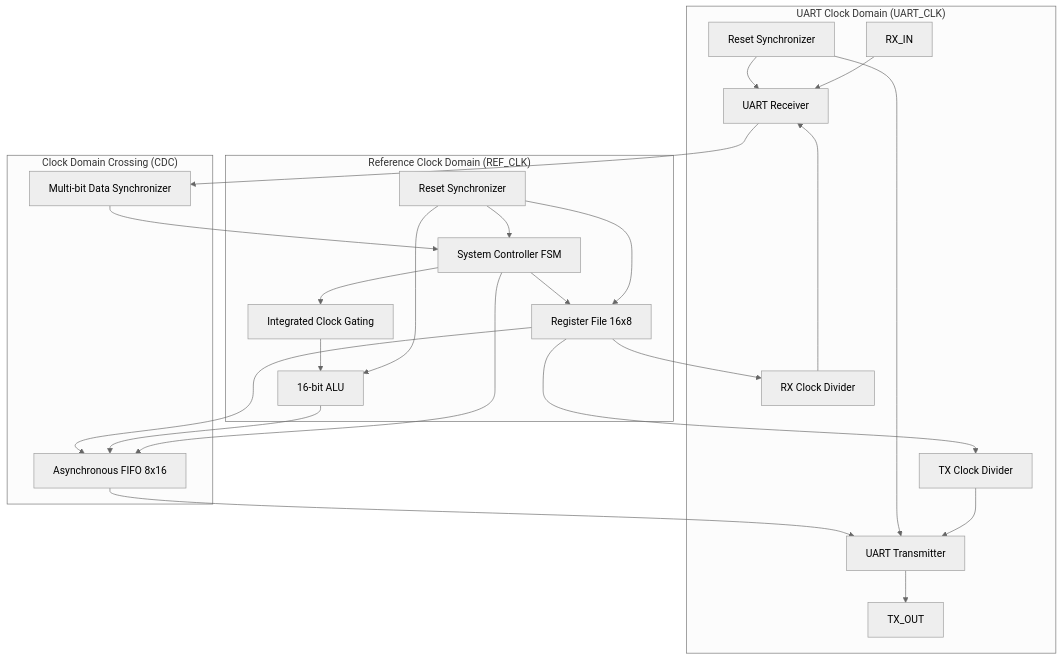
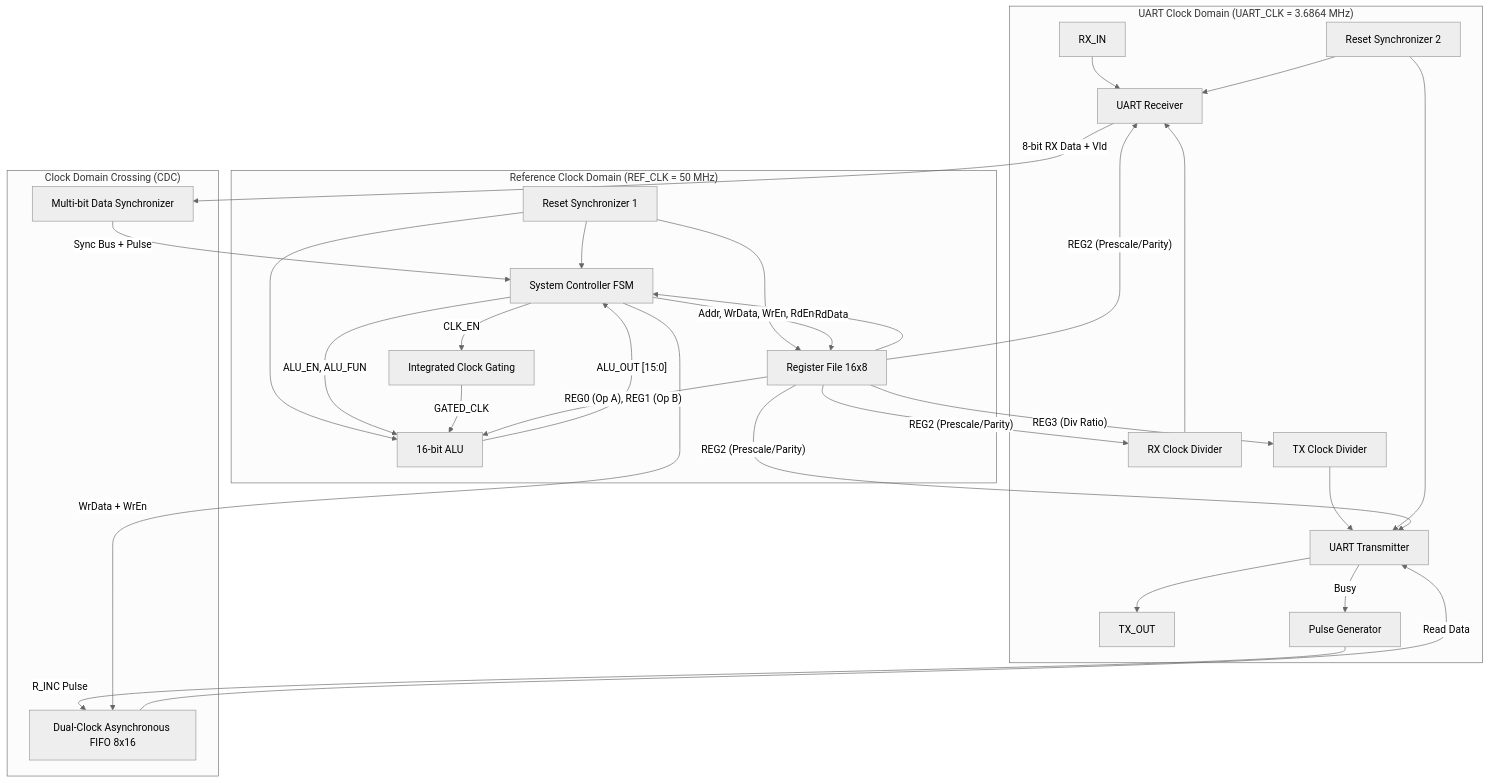
The diagram in README.md (ahmedbadwy77/Low-Power-Multi-Clock-Digital-Communication-System), drawn with Mermaid (neutral theme) before and after one commit. The commit also changed other lines of this file and 14 other files, not shown here.

Commit message:
docs: enrich README with complete module descriptions, architectural schematics, and simulation waveforms

````diff
--- a/README.md
+++ b/README.md
@@ -17,27 +51,32 @@
 ```mermaid
 flowchart TB
-    subgraph UART_Domain["UART Clock Domain (UART_CLK)"]
+    subgraph UART_Domain["UART Clock Domain (UART_CLK = 3.6864 MHz)"]
         RX_IN[RX_IN] --> UART_RX[UART Receiver]
         UART_TX[UART Transmitter] --> TX_OUT[TX_OUT]
         RX_CLK_DIV[RX Clock Divider] --> UART_RX
         TX_CLK_DIV[TX Clock Divider] --> UART_TX
-        UART_RST_SYNC[Reset Synchronizer] --> UART_RX & UART_TX
+        UART_RST_SYNC[Reset Synchronizer 2] --> UART_RX & UART_TX
+        UART_TX -- "Busy" --> PULSE_GEN[Pulse Generator]
     end
 
     subgraph CDC_Interface["Clock Domain Crossing (CDC)"]
-        UART_RX --> DATA_SYNC[Multi-bit Data Synchronizer]
-        ASYNC_FIFO[Asynchronous FIFO 8x16] --> UART_TX
+        UART_RX -- "8-bit RX Data + Vld" --> DATA_SYNC[Multi-bit Data Synchronizer]
+        ASYNC_FIFO[Dual-Clock Asynchronous FIFO 8x16] -- "Read Data" --> UART_TX
+        PULSE_GEN -- "R_INC Pulse" --> ASYNC_FIFO
     end
 
-    subgraph REF_Domain["Reference Clock Domain (REF_CLK)"]
-        REF_RST_SYNC[Reset Synchronizer] --> SYS_CTRL & REGFILE & ALU
-        DATA_SYNC --> SYS_CTRL[System Controller FSM]
-        SYS_CTRL --> REGFILE[Register File 16x8]
-        SYS_CTRL --> CLK_GATE[Integrated Clock Gating]
-        CLK_GATE --> ALU[16-bit ALU]
-        SYS_CTRL --> ASYNC_FIFO
-        ALU --> ASYNC_FIFO
-        REGFILE --> ASYNC_FIFO
-        REGFILE --> RX_CLK_DIV & TX_CLK_DIV
+    subgraph REF_Domain["Reference Clock Domain (REF_CLK = 50 MHz)"]
+        REF_RST_SYNC[Reset Synchronizer 1] --> SYS_CTRL & REGFILE & ALU
+        DATA_SYNC -- "Sync Bus + Pulse" --> SYS_CTRL[System Controller FSM]
+        SYS_CTRL -- "Addr, WrData, WrEn, RdEn" --> REGFILE[Register File 16x8]
+        SYS_CTRL -- "ALU_EN, ALU_FUN" --> ALU[16-bit ALU]
+        SYS_CTRL -- "CLK_EN" --> CLK_GATE[Integrated Clock Gating]
+        CLK_GATE -- "GATED_CLK" --> ALU
+        REGFILE -- "REG0 (Op A), REG1 (Op B)" --> ALU
+        SYS_CTRL -- "WrData + WrEn" --> ASYNC_FIFO
+        ALU -- "ALU_OUT [15:0]" --> SYS_CTRL
+        REGFILE -- "RdData" --> SYS_CTRL
+        REGFILE -- "REG2 (Prescale/Parity)" --> UART_RX & UART_TX & RX_CLK_DIV
+        REGFILE -- "REG3 (Div Ratio)" --> TX_CLK_DIV
     end
 ```
````
